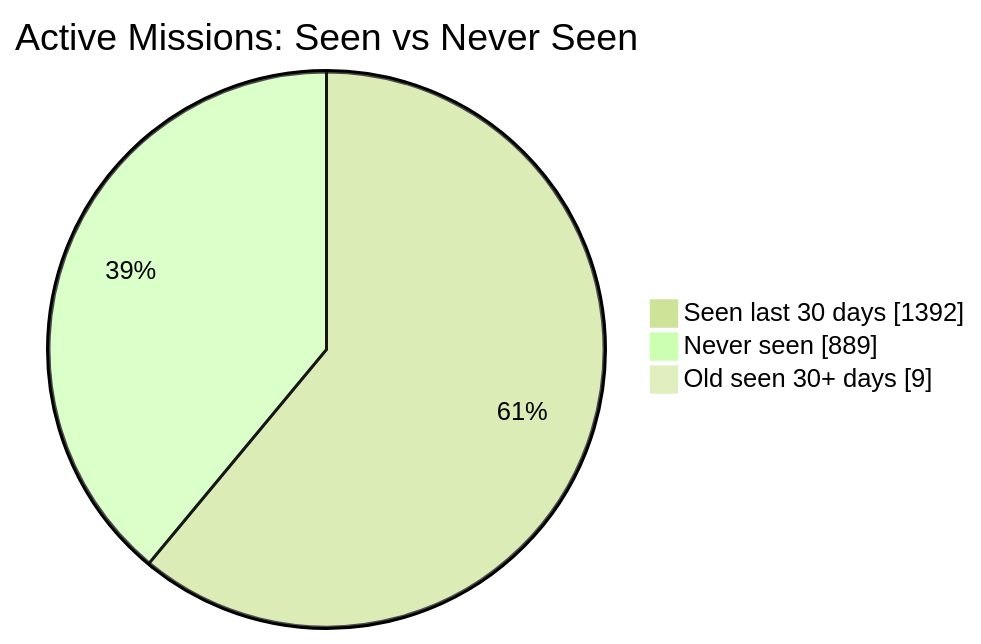
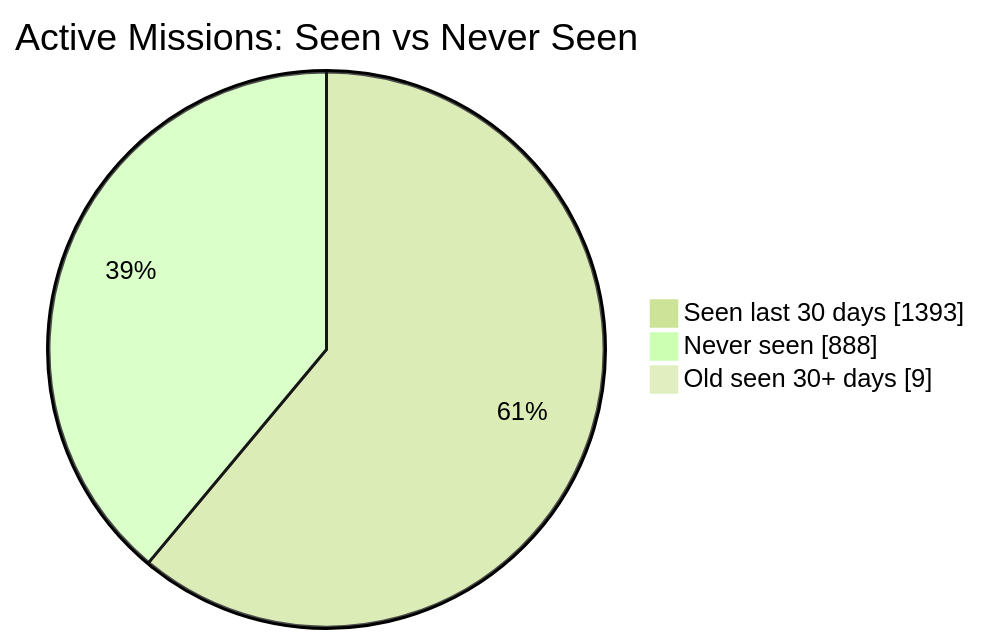
The first of 2 diagrams in README.md (MeldkamerspelGameTeam/active-missions), drawn with Mermaid (forest theme) before and after one commit. The commit also changed other lines of this file and 2 other files, not shown here.

````diff
--- a/README.md
+++ b/README.md
@@ -34,7 +34,7 @@
 ```mermaid
 pie showData
     title Active Missions: Seen vs Never Seen
-    "Seen last 30 days" : 1392
-    "Never seen" : 889
+    "Seen last 30 days" : 1393
+    "Never seen" : 888
     "Old seen 30+ days" : 9
 ```
````
